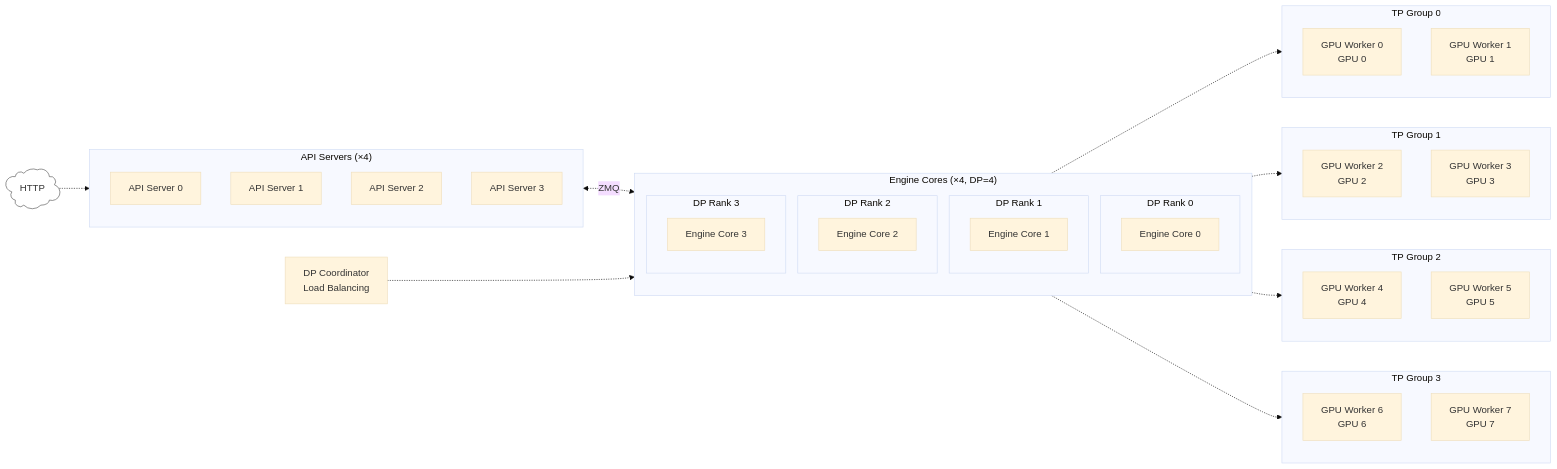
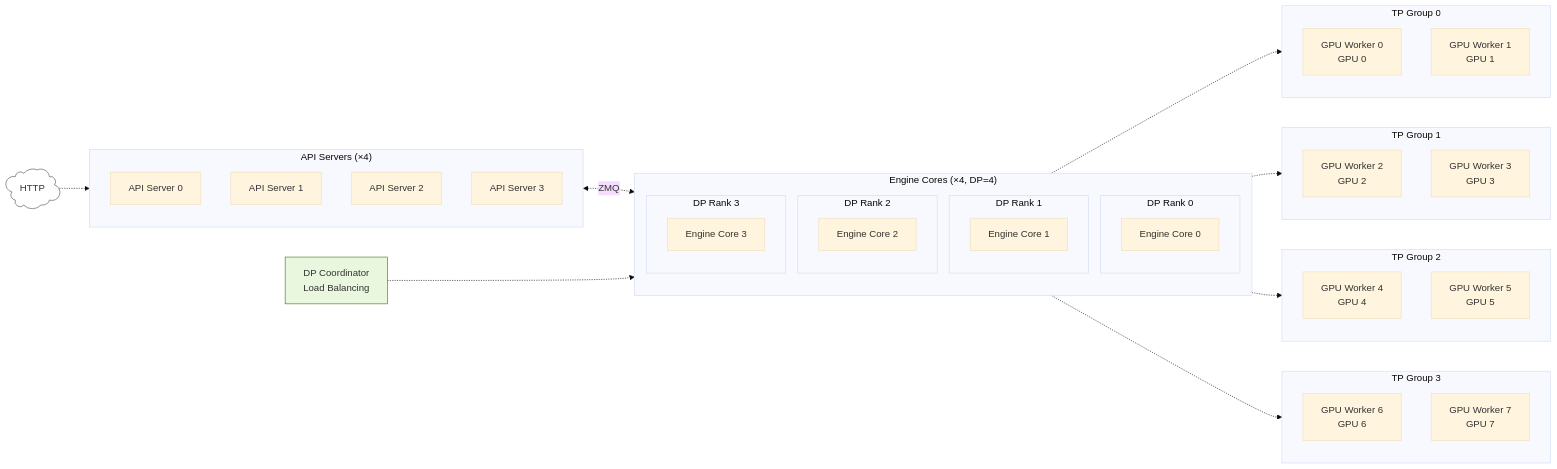
One commit to aireilly/rh-mermaid-svg changed the diagram in v1_process_architecture_tp2_dp4.mmd. Above: the diagram before and after it, drawn with Mermaid (base theme). The commit also changed 8 other files, not shown here.

```diff
--- a/v1_process_architecture_tp2_dp4.mmd
+++ b/v1_process_architecture_tp2_dp4.mmd
@@ -1,73 +1,73 @@
 flowchart LR
     %% Entry
     HTTP@{ shape: cloud, label: "HTTP" } -.-> APIs
 
     %% API Servers
     subgraph APIs["API Servers (×4)"]
         direction TB
         API0["API Server 0"]
         API1["API Server 1"]
         API2["API Server 2"]
         API3["API Server 3"]
     end
 
     %% Single labeled ZMQ connection between subgraphs
     APIs <-.->|"ZMQ"| ECs
 
     %% DP Coordinator
     DPC["DP Coordinator\nLoad Balancing"]
     DPC -.-> ECs
 
     %% Engine Cores
-    subgraph ECs["Engine Cores (×4, DP=4)"]
+    subgraph ECs["Engine Cores (×4, DP=4)\n\n"]
         direction TB
         subgraph DP0["DP Rank 0"]
             EC0["Engine Core 0"]
         end
         subgraph DP1["DP Rank 1"]
             EC1["Engine Core 1"]
         end
         subgraph DP2["DP Rank 2"]
             EC2["Engine Core 2"]
         end
         subgraph DP3["DP Rank 3"]
             EC3["Engine Core 3"]
         end
     end
 
     %% GPU Workers
     classDef success fill:#e9f7df,stroke:#3d7317,color:#204d00
     subgraph GW0G["TP Group 0"]
         direction TB
         GW0["GPU Worker 0\nGPU 0"]
         GW1["GPU Worker 1\nGPU 1"]
     end
     subgraph GW1G["TP Group 1"]
         direction TB
         GW2["GPU Worker 2\nGPU 2"]
         GW3["GPU Worker 3\nGPU 3"]
     end
     subgraph GW2G["TP Group 2"]
         direction TB
         GW4["GPU Worker 4\nGPU 4"]
         GW5["GPU Worker 5\nGPU 5"]
     end
     subgraph GW3G["TP Group 3"]
         direction TB
         GW6["GPU Worker 6\nGPU 6"]
         GW7["GPU Worker 7\nGPU 7"]
     end
 
     EC0 -.-> GW0G
     EC1 -.-> GW1G
     EC2 -.-> GW2G
     EC3 -.-> GW3G
 
-    style HTTP fill:#ffffff,stroke:#4d4d4d
-
     %% Cluster colors
     %% style APIs fill:#e0f0ff,stroke:#0066cc
     %% style GW0G fill:#e9f7df,stroke:#63993d
     %% style GW1G fill:#e9f7df,stroke:#63993d
     %% style GW2G fill:#e9f7df,stroke:#63993d
     %% style GW3G fill:#e9f7df,stroke:#63993d
+    style HTTP fill:#ffffff,stroke:#4d4d4d;
+    style DPC fill:#e9f7df,stroke:#3d7317;
```
